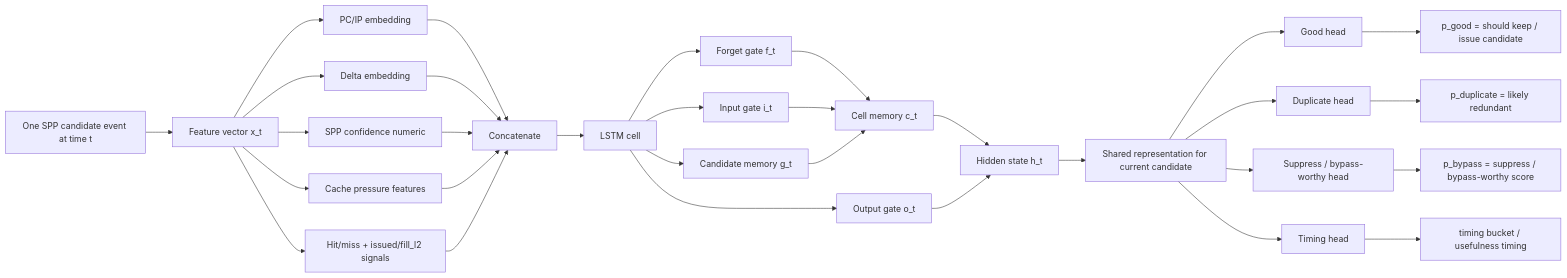
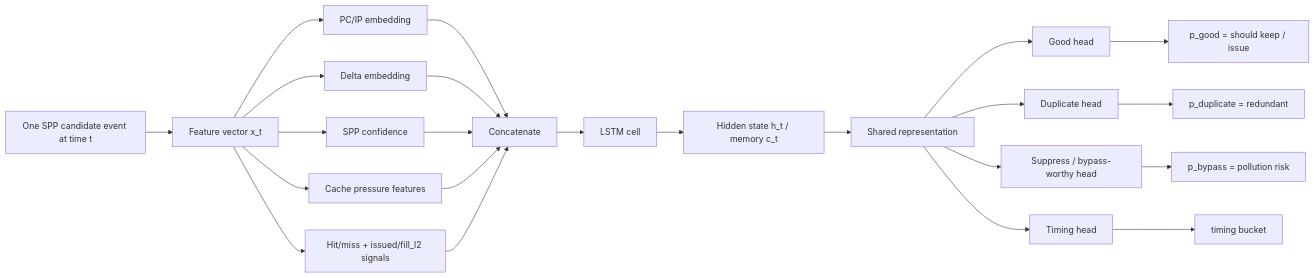
Before and after one commit to Angelawoo572/cache_arch: the third of 6 diagrams in formal_NN_training/LSTM_cache_action_pipeline_story.md, drawn with Mermaid. The commit also changed other lines of this file, not shown here.

````diff
--- a/formal_NN_training/LSTM_cache_action_pipeline_story.md
+++ b/formal_NN_training/LSTM_cache_action_pipeline_story.md
@@ -138,41 +101,30 @@
 ```mermaid
 flowchart LR
     A[One SPP candidate event at time t] --> B[Feature vector x_t]
 
     B --> B1[PC/IP embedding]
     B --> B2[Delta embedding]
-    B --> B3[SPP confidence numeric]
+    B --> B3[SPP confidence]
     B --> B4[Cache pressure features]
     B --> B5[Hit/miss + issued/fill_l2 signals]
 
     B1 --> C[Concatenate]
     B2 --> C
     B3 --> C
     B4 --> C
     B5 --> C
 
     C --> D[LSTM cell]
+    D --> E[Hidden state h_t / memory c_t]
+    E --> F[Shared representation]
 
-    D --> D1[Forget gate f_t]
-    D --> D2[Input gate i_t]
-    D --> D3[Candidate memory g_t]
-    D --> D4[Output gate o_t]
+    F --> G1[Good head]
+    F --> G2[Duplicate head]
+    F --> G3[Suppress / bypass-worthy head]
+    F --> G4[Timing head]
 
-    D1 --> E[Cell memory c_t]
-    D2 --> E
-    D3 --> E
-    E --> F[Hidden state h_t]
-    D4 --> F
-
-    F --> G[Shared representation for current candidate]
-
-    G --> H1[Good head]
-    G --> H2[Duplicate head]
-    G --> H3[Suppress / bypass-worthy head]
-    G --> H4[Timing head]
-
-    H1 --> I1[p_good = should keep / issue candidate]
-    H2 --> I2[p_duplicate = likely redundant]
-    H3 --> I3[p_bypass = suppress / bypass-worthy score]
-    H4 --> I4[timing bucket / usefulness timing]
+    G1 --> H1[p_good = should keep / issue]
+    G2 --> H2[p_duplicate = redundant]
+    G3 --> H3[p_bypass = pollution risk]
+    G4 --> H4[timing bucket]
 ```
````
